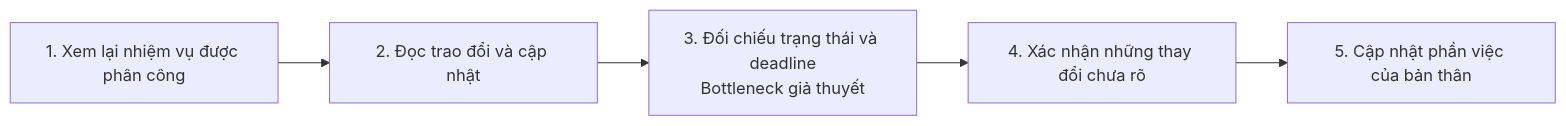
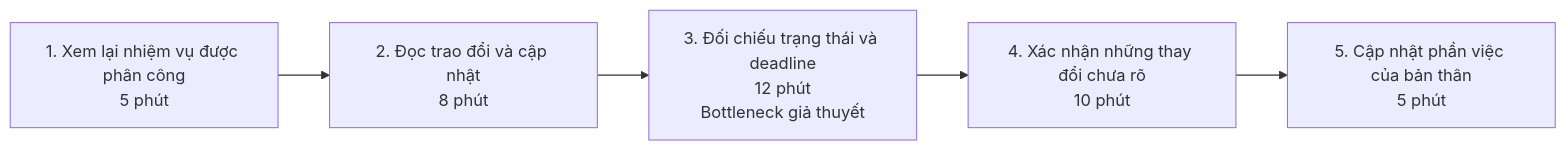
Before and after one commit to minhquannm0905-cloud/K5-L3B-Day02-D2-DiscoverProblemFraming: the third of 3 diagrams in report/individual/2A202603722_MaiXuanKhang.md, drawn with Mermaid. The commit also changed other lines of this file, not shown here.

````diff
--- a/report/individual/2A202603722_MaiXuanKhang.md
+++ b/report/individual/2A202603722_MaiXuanKhang.md
@@ -110,9 +112,9 @@
 ```mermaid
 flowchart LR
-    A["1. Xem lại nhiệm vụ được phân công"]
-    B["2. Đọc trao đổi và cập nhật"]
-    C["3. Đối chiếu trạng thái và deadline<br/>Bottleneck giả thuyết"]
-    D["4. Xác nhận những thay đổi chưa rõ"]
-    E["5. Cập nhật phần việc của bản thân"]
+    A["1. Xem lại nhiệm vụ được phân công<br/>5 phút"]
+    B["2. Đọc trao đổi và cập nhật<br/>8 phút"]
+    C["3. Đối chiếu trạng thái và deadline<br/>12 phút<br/>Bottleneck giả thuyết"]
+    D["4. Xác nhận những thay đổi chưa rõ<br/>10 phút"]
+    E["5. Cập nhật phần việc của bản thân<br/>5 phút"]
     A --> B --> C --> D --> E
 ```
````
